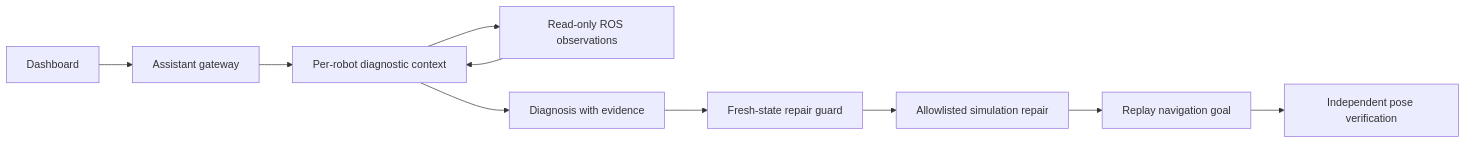
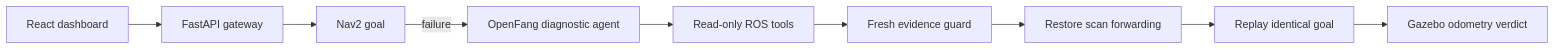
Before and after one commit to SeeWhy-star/robot-debug-lab: the diagram in README.md, drawn with Mermaid. The commit also changed other lines of this file and 50 other files, not shown here.

````diff
--- a/README.md
+++ b/README.md
@@ -24,12 +51,11 @@
 ```mermaid
 flowchart LR
-  UI[Dashboard] --> Gateway[Assistant gateway]
-  Gateway --> Agent[Per-robot diagnostic context]
-  Agent --> Tools[Read-only ROS observations]
-  Tools --> Agent
-  Agent --> Evidence[Diagnosis with evidence]
-  Evidence --> Guard[Fresh-state repair guard]
-  Guard --> Repair[Allowlisted simulation repair]
-  Repair --> Replay[Replay navigation goal]
-  Replay --> Verdict[Independent pose verification]
+  UI[React dashboard] --> API[FastAPI gateway]
+  API --> Nav2[Nav2 goal]
+  Nav2 -->|failure| Agent[OpenFang diagnostic agent]
+  Agent --> Tools[Read-only ROS tools]
+  Tools --> Guard[Fresh evidence guard]
+  Guard --> Repair[Restore scan forwarding]
+  Repair --> Replay[Replay identical goal]
+  Replay --> Odom[Gazebo odometry verdict]
 ```
````
